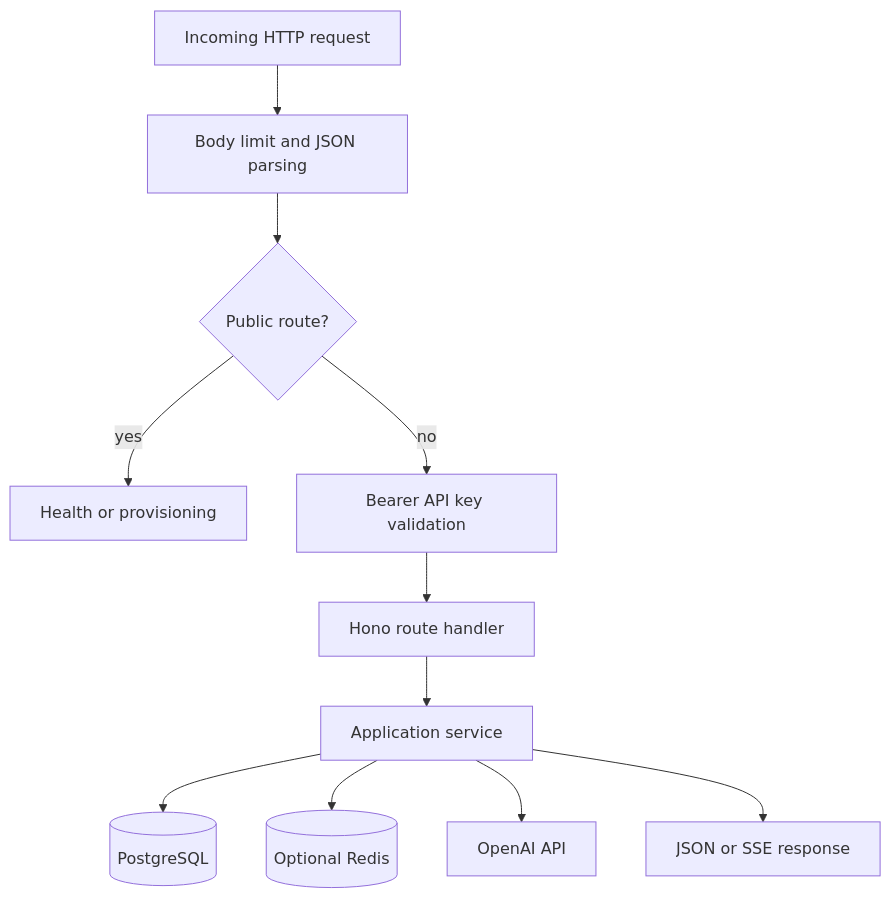
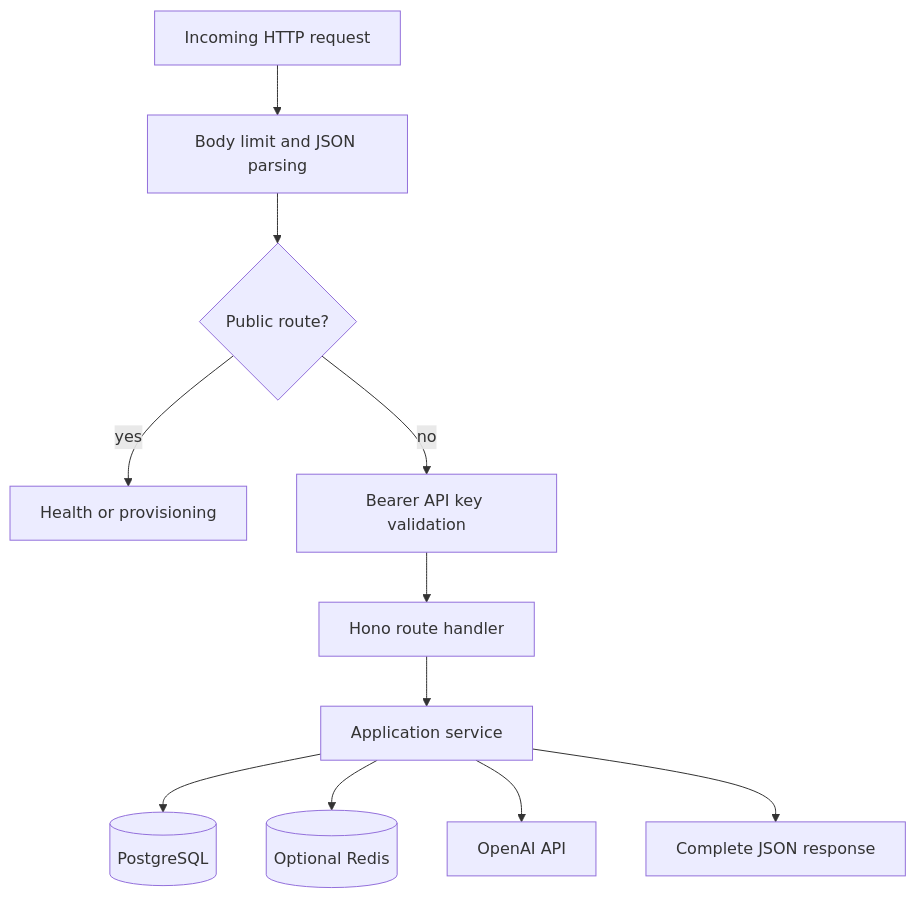
Before and after one commit to sovware/ask-sunny-docs: the first of 5 diagrams in server/SERVER_APP_ARCHITECTURE.md, drawn with Mermaid. The commit also changed other lines of this file and 9 other files, not shown here.

````diff
--- a/server/SERVER_APP_ARCHITECTURE.md
+++ b/server/SERVER_APP_ARCHITECTURE.md
@@ -69,13 +71,13 @@
 ```mermaid
 flowchart TD
   Request[Incoming HTTP request] --> BodyLimit[Body limit and JSON parsing]
   BodyLimit --> Auth{Public route?}
   Auth -- yes --> PublicRoute[Health or provisioning]
   Auth -- no --> ApiKey[Bearer API key validation]
   ApiKey --> Route[Hono route handler]
   Route --> Service[Application service]
   Service --> DB[(PostgreSQL)]
   Service --> Cache[(Optional Redis)]
   Service --> OpenAI[OpenAI API]
-  Service --> Response[JSON or SSE response]
+  Service --> Response[Complete JSON response]
 ```
````
